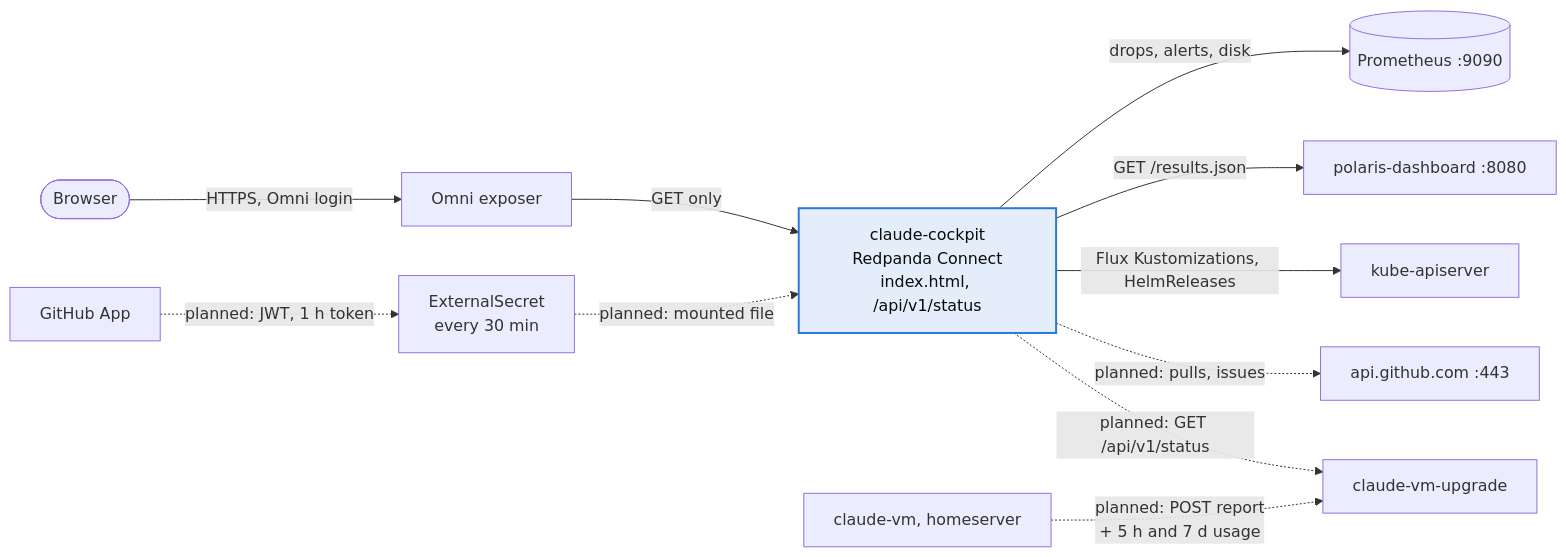
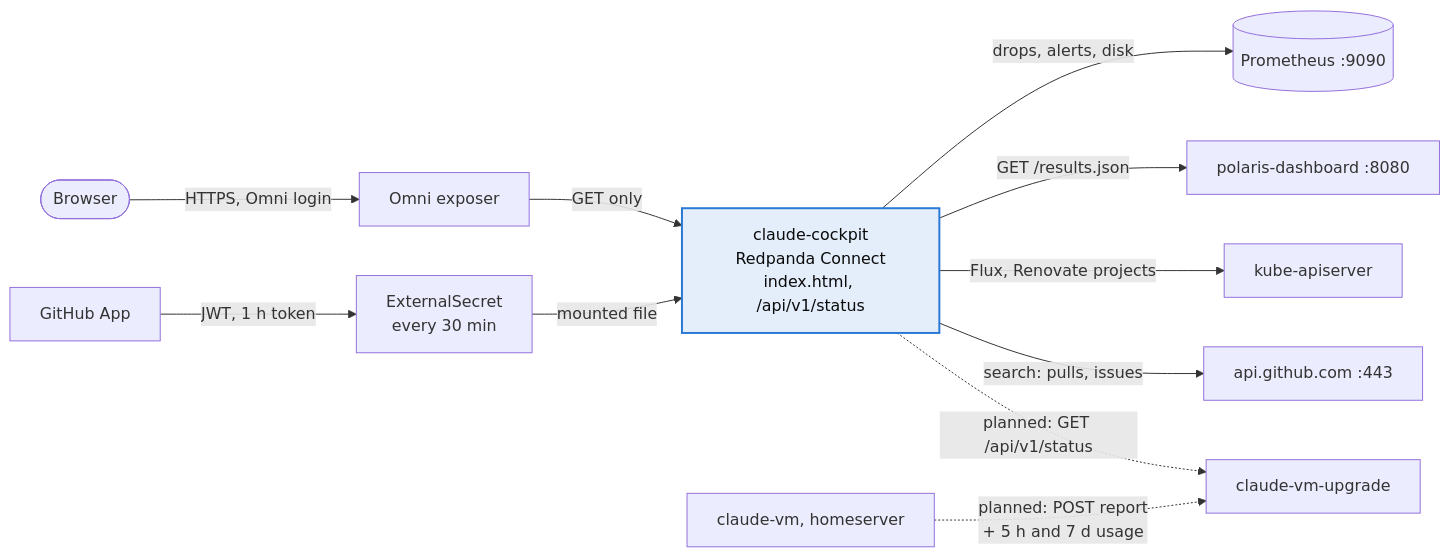
One commit to cthtrifork/talos-gitops changed the third of 3 diagrams in k8s/apps/claude-system/README.md. Above: the diagram before and after it, drawn with Mermaid. The commit also changed other lines of this file and 7 other files, not shown here.

Commit message:
feat(claude-system): add the GitHub panels to the cockpit

````diff
--- a/k8s/apps/claude-system/README.md
+++ b/k8s/apps/claude-system/README.md
@@ -360,19 +360,19 @@
 ```mermaid
 flowchart LR
   you([Browser]) -->|HTTPS, Omni login| omni[Omni exposer]
   omni -->|GET only| cockpit["claude-cockpit<br/>Redpanda Connect<br/>index.html, /api/v1/status"]
 
   cockpit -->|"drops, alerts, disk"| prom[(Prometheus :9090)]
   cockpit -->|"GET /results.json"| polaris[polaris-dashboard :8080]
-  cockpit -->|"Flux Kustomizations, HelmReleases"| api[kube-apiserver]
+  cockpit -->|"Flux, Renovate projects"| api[kube-apiserver]
+  cockpit -->|"search: pulls, issues"| gh[api.github.com :443]
 
-  cockpit -.->|"planned: pulls, issues"| gh[api.github.com :443]
+  app[GitHub App] -->|"JWT, 1 h token"| es[ExternalSecret<br/>every 30 min]
+  es -->|"mounted file"| cockpit
+
   cockpit -.->|"planned: GET /api/v1/status"| vmup[claude-vm-upgrade]
-
-  app[GitHub App] -.->|"planned: JWT, 1 h token"| es[ExternalSecret<br/>every 30 min]
-  es -.->|"planned: mounted file"| cockpit
   vm[claude-vm, homeserver] -.->|"planned: POST report<br/>+ 5 h and 7 d usage"| vmup
 
   classDef new fill:#e4eefb,stroke:#2a78d6,stroke-width:2px,color:#0b0b0b
   class cockpit new
 ```
````
